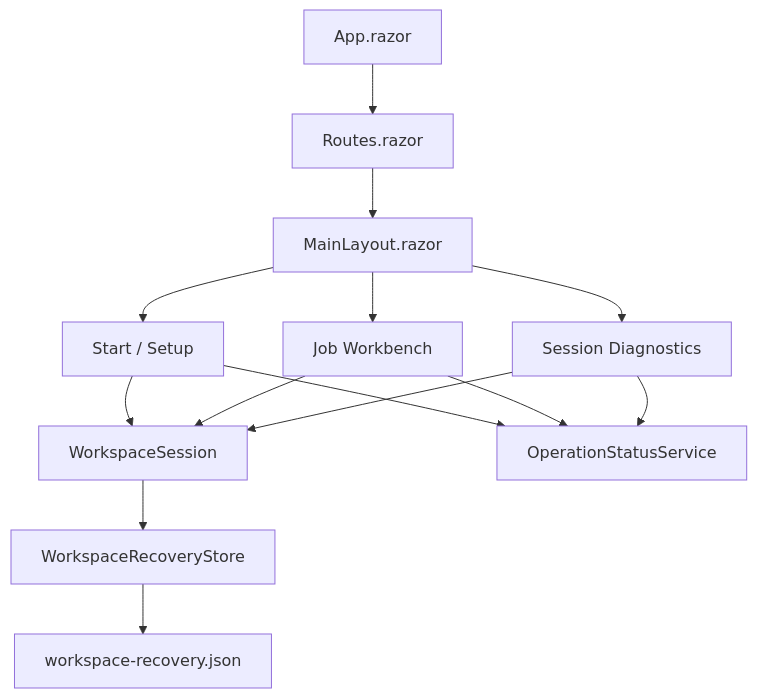
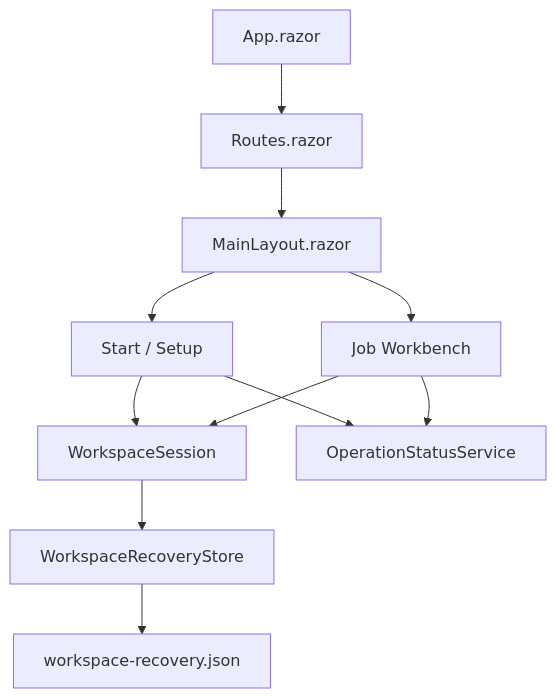
Before and after one commit to hennie42/li-jobber: the second of 20 diagrams in docs/details.md, drawn with Mermaid. The commit also changed other lines of this file and 19 other files, not shown here.

First line of the commit message:
Add Web Client and Shared UI components; remove session diagnostics

````diff
--- a/docs/details.md
+++ b/docs/details.md
@@ -80,16 +80,13 @@
 ```mermaid
 graph TB
     A[App.razor] --> B[Routes.razor]
     B --> C[MainLayout.razor]
     C --> D[Start / Setup]
     C --> E[Job Workbench]
-    C --> F[Session Diagnostics]
     D --> G[WorkspaceSession]
     E --> G
-    F --> G
     D --> H[OperationStatusService]
     E --> H
-    F --> H
     G --> I[WorkspaceRecoveryStore]
     I --> J[workspace-recovery.json]
 ```
````
